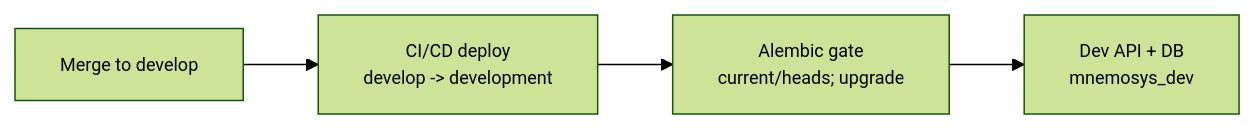
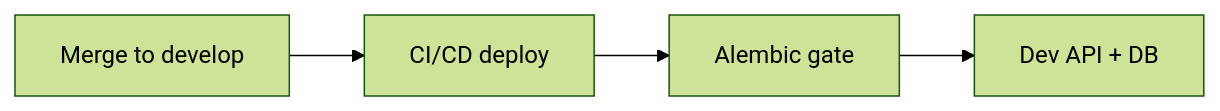
Before and after one commit to wphillipmoore/mnemosys-core: the second of 4 diagrams in docs/diagrams/alembic-migration-workflow.md, drawn with Mermaid (forest theme). The commit also changed other lines of this file, not shown here.

Commit message:
Simplify mermaid labels and move details to captions

````diff
--- a/docs/diagrams/alembic-migration-workflow.md
+++ b/docs/diagrams/alembic-migration-workflow.md
@@ -25,10 +24,8 @@
 ```mermaid
 flowchart LR
-  classDef compact font-size:12px;
   DEV["Merge to develop"]
-  DEV_PIPE["CI/CD deploy<br/>develop -> development"]
-  DEV_GATE["Alembic gate<br/>current/heads; upgrade"]
-  DEV_APP["Dev API + DB<br/>mnemosys_dev"]
+  DEV_PIPE["CI/CD deploy"]
+  DEV_GATE["Alembic gate"]
+  DEV_APP["Dev API + DB"]
   DEV --> DEV_PIPE --> DEV_GATE --> DEV_APP
-  class DEV,DEV_PIPE,DEV_GATE,DEV_APP compact;
 ```
````
